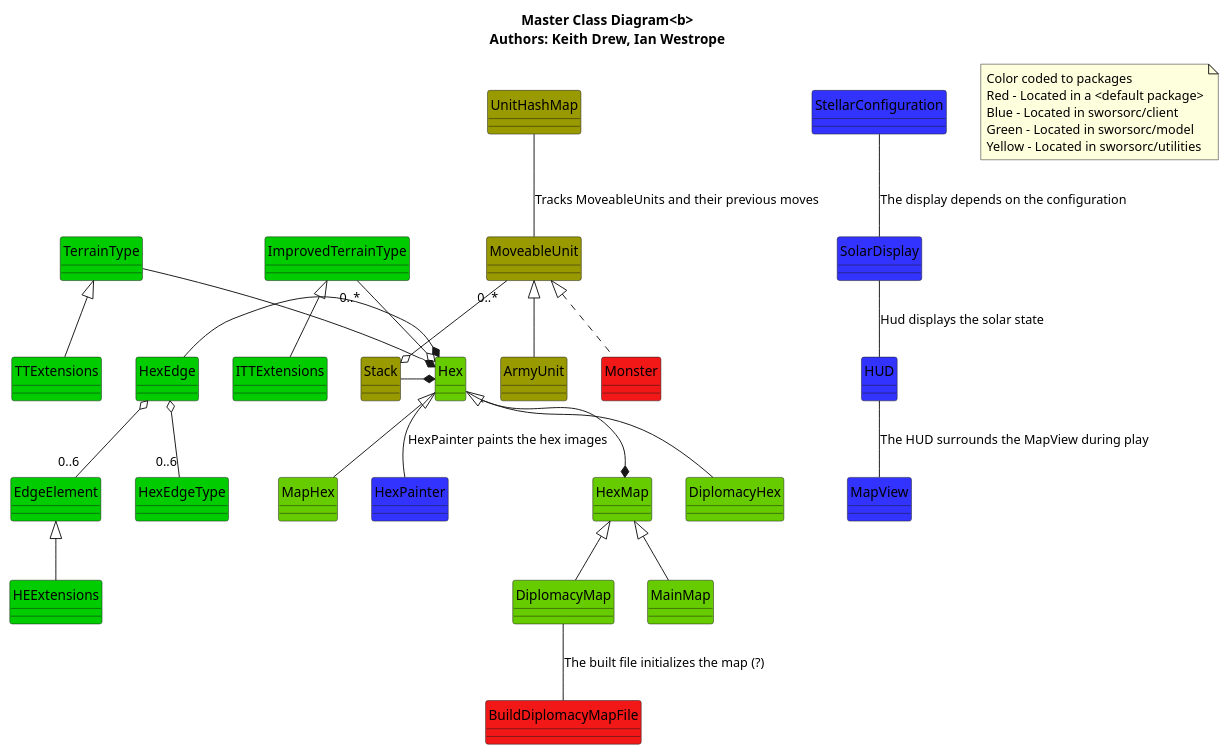
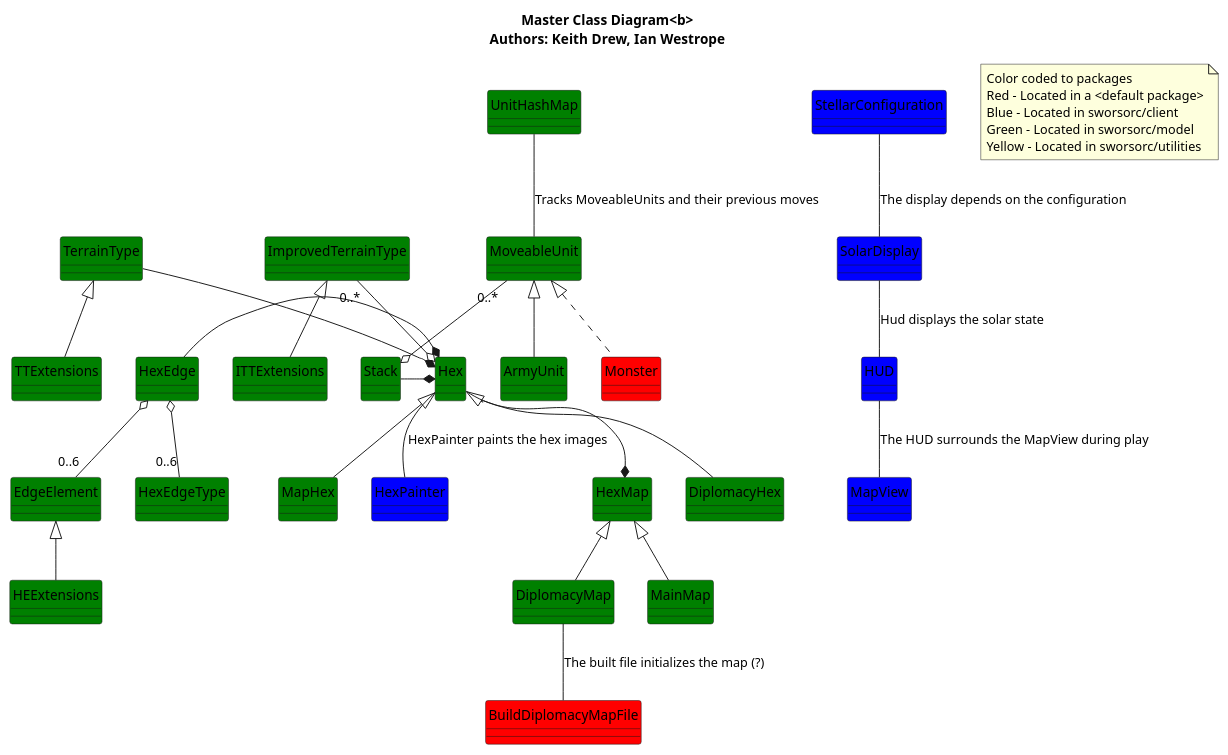
One commit to cjeffery/sworsorc changed the diagram in doc/masterClassDiagrams/classDiagram.pu. Above: the diagram before and after it, drawn with PlantUML. The commit also changed 1 other file, not shown here.

Commit message:
color scheme updated on diagram

```diff
--- a/doc/masterClassDiagrams/classDiagram.pu
+++ b/doc/masterClassDiagrams/classDiagram.pu
@@ -1,139 +1,139 @@
 @startuml
 hide circle
 title <b>Master Class Diagram<b>\nAuthors: Keith Drew, Ian Westrope
 
 Stack -right* Hex
 
 MoveableUnit "0..*" --o Stack
 
 ArmyUnit -up-|> MoveableUnit
 
 UnitHashMap -- MoveableUnit : Tracks MoveableUnits and their previous moves
 
 DiplomacyHex -up-|> Hex
 MapHex -up-|> Hex
 
 Monster .up.|> MoveableUnit 
 
 HexMap *-up- Hex 
 
 MainMap -up-|> HexMap
 
 DiplomacyMap -up-|> HexMap
 DiplomacyMap -- BuildDiplomacyMapFile : The built file initializes the map (?)
 
 HexPainter -up- Hex : HexPainter paints the hex images
 
 HexEdge -* Hex
 
 EdgeElement "0..6" -up-o HexEdge
 HexEdgeType "0..6" -up-o HexEdge
 
 TerrainType -down-* Hex
 
 ImprovedTerrainType "0..*" -down-o Hex
 
 StellarConfiguration -down- SolarDisplay : The display depends on the configuration
 
 SolarDisplay -down- HUD : Hud displays the solar state
 
 HUD -down-MapView : The HUD surrounds the MapView during play
 
 HEExtensions -up-|> EdgeElement
 TTExtensions -up-|> TerrainType
 ITTExtensions -up-|> ImprovedTerrainType
 
 'package DisjointClasses <<Rect>> {
-'class ArmyCombatResultsTable #FFFF00 
-'class RandomEventTable #FFFF00 
-'class ScenarioConfigurationReader #FFFF00 
-'class Unit #999900 
+'class ArmyCombatResultsTable #blue 
+'class RandomEventTable #blue
+'class ScenarioConfigurationReader #blue 
+'class Unit #red
 '}
 
 note as N1
 Color coded to packages
 Red - Located in a <default package>
 Blue - Located in sworsorc/client
 Green - Located in sworsorc/model
 Yellow - Located in sworsorc/utilities
 end note
 
-class MoveableUnit #999900 {
+class MoveableUnit #green {
 }
 
-class ArmyUnit #999900 {
+class ArmyUnit #green {
 }
 
-class Stack #999900 {
+class Stack #green {
 }
 
-class UnitHashMap #999900 {
+class UnitHashMap #green {
 }
 
-class Hex #66CC00 {
+class Hex #green {
 }
 
-class DiplomacyHex #66CC00 {
+class DiplomacyHex #green {
 }
 
-class MapHex #66CC00 {
+class MapHex #green {
 }
 
-class HexMap #66CC00 {
+class HexMap #green {
 }
 
-class MainMap #66CC00 {
+class MainMap #green {
 }
 
-class DiplomacyMap #66CC00 {
+class DiplomacyMap #green {
 }
 
-class EdgeElement #00CC00 {
+class EdgeElement #green {
 }
 
-class HexEdgeType #00CC00 {
+class HexEdgeType #green {
 }
 
-class HexEdge #00CC00 {
+class HexEdge #green {
 }
 
-class TerrainType #00CC00 {
+class TerrainType #green {
 }
 
-class ImprovedTerrainType #00CC00 {
+class ImprovedTerrainType #green {
 }
 
-class HEExtensions #00CC00 {
+class HEExtensions #green {
 }
 
-class TTExtensions #00CC00 {
+class TTExtensions #green {
 }
 
-class ITTExtensions #00CC00 {
+class ITTExtensions #green {
 }
 
-class Monster #F21818 {
+class Monster #red {
 }
 
-class BuildDiplomacyMapFile #F21818 {
+class BuildDiplomacyMapFile #red {
 }
 
-class HexPainter #F21818 {
+class HexPainter #red {
 }
 
-class SolarDisplay #3333FF {
+class SolarDisplay #blue {
 }
 
-class HUD #3333FF {
+class HUD #blue {
 }
 
-class StellarConfiguration #3333FF {
+class StellarConfiguration #blue {
 }
 
-class MapView #3333FF {
+class MapView #blue {
 }
 
-class HexPainter #3333FF {
+class HexPainter #blue {
 }
 
 @enduml
```
